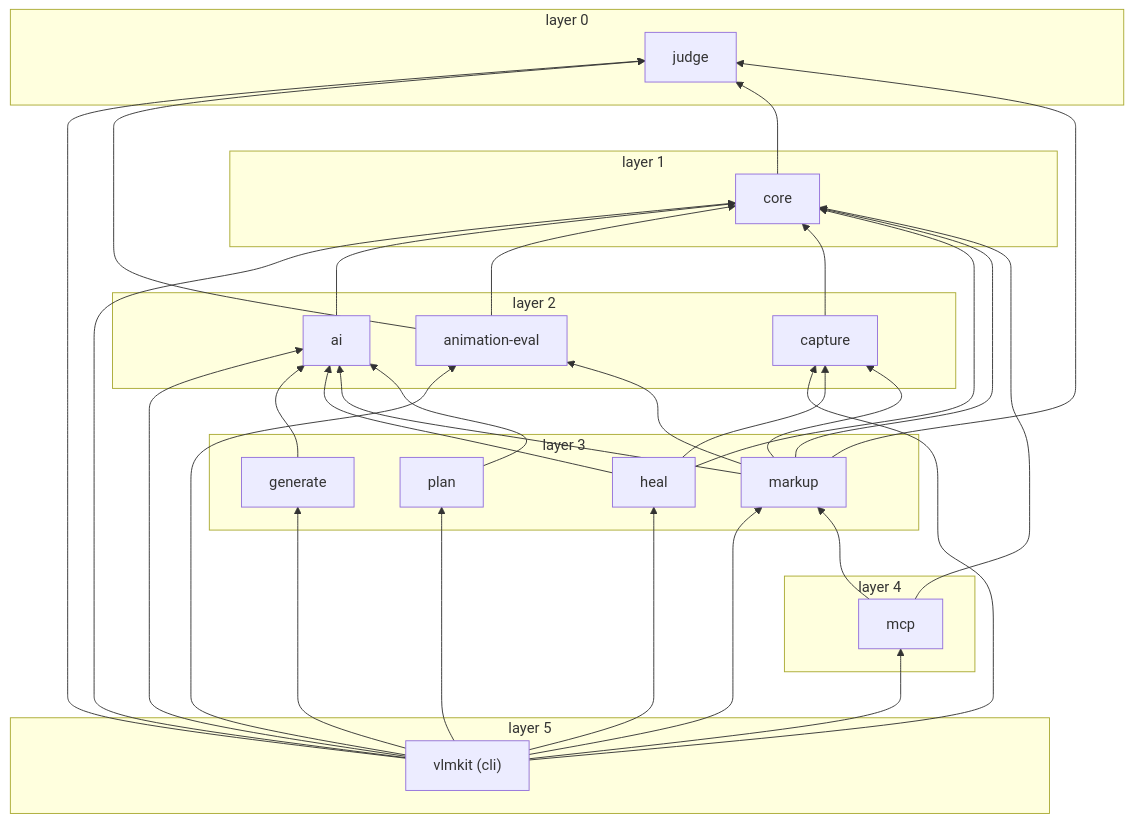
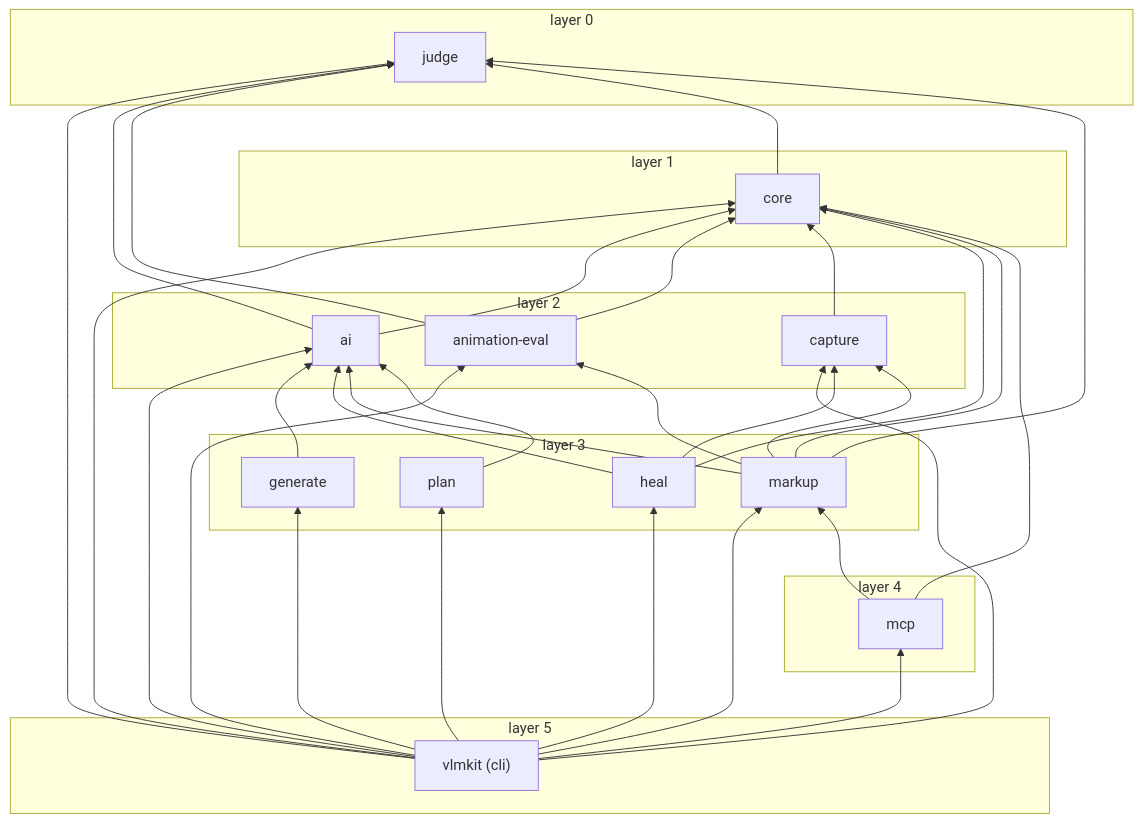
One commit to mizchi/vlmkit changed the diagram in README.md. Above: the diagram before and after it, drawn with Mermaid. The commit also changed 77 other files, not shown here.

````diff
--- a/README.md
+++ b/README.md
@@ -165,53 +165,54 @@
 ```mermaid
 flowchart BT
   subgraph L0["layer 0"]
     p7["judge"]
   end
   subgraph L1["layer 1"]
     p4["core"]
   end
   subgraph L2["layer 2"]
     p1["ai"]
     p2["animation-eval"]
     p3["capture"]
   end
   subgraph L3["layer 3"]
     p5["generate"]
     p6["heal"]
     p8["markup"]
     p10["plan"]
   end
   subgraph L4["layer 4"]
     p9["mcp"]
   end
   subgraph L5["layer 5"]
     p0["vlmkit (cli)"]
   end
   p0 --> p1
   p0 --> p2
   p0 --> p3
   p0 --> p4
   p0 --> p5
   p0 --> p6
   p0 --> p7
   p0 --> p8
   p0 --> p9
   p0 --> p10
   p1 --> p4
+  p1 --> p7
   p2 --> p4
   p2 --> p7
   p3 --> p4
   p4 --> p7
   p5 --> p1
   p6 --> p1
   p6 --> p3
   p6 --> p4
   p8 --> p1
   p8 --> p2
   p8 --> p3
   p8 --> p4
   p8 --> p7
   p9 --> p4
   p9 --> p8
   p10 --> p1
 ```
````
